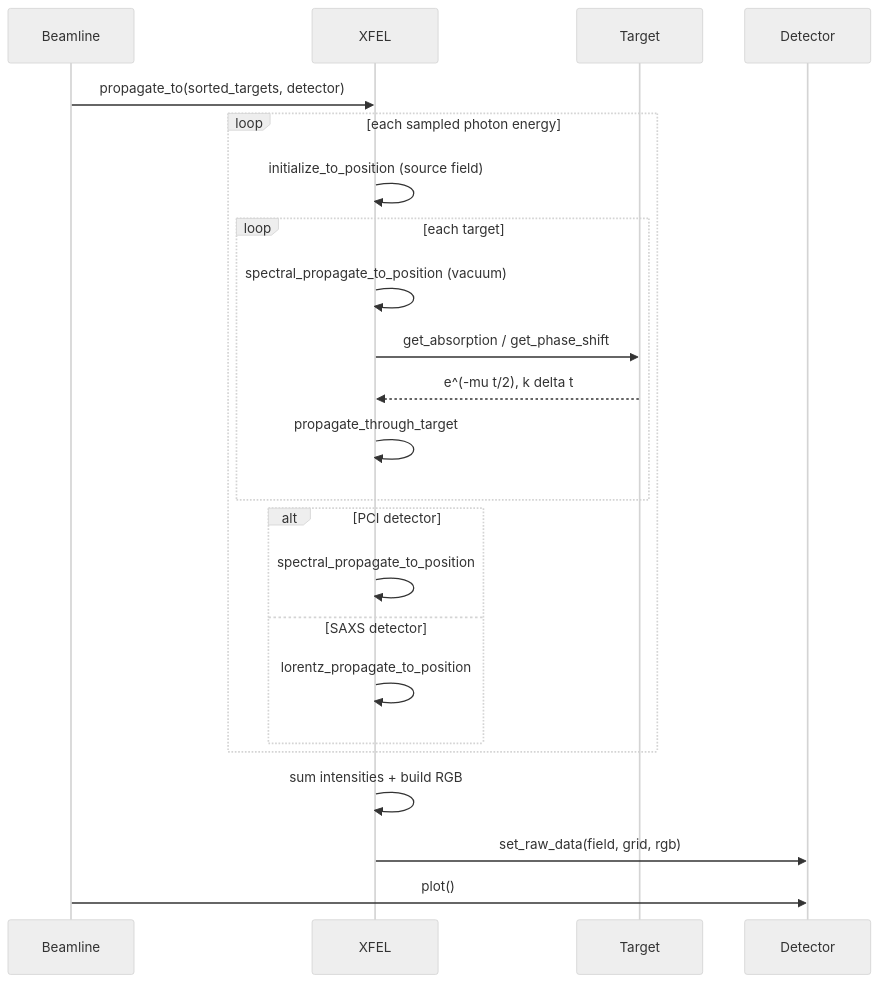
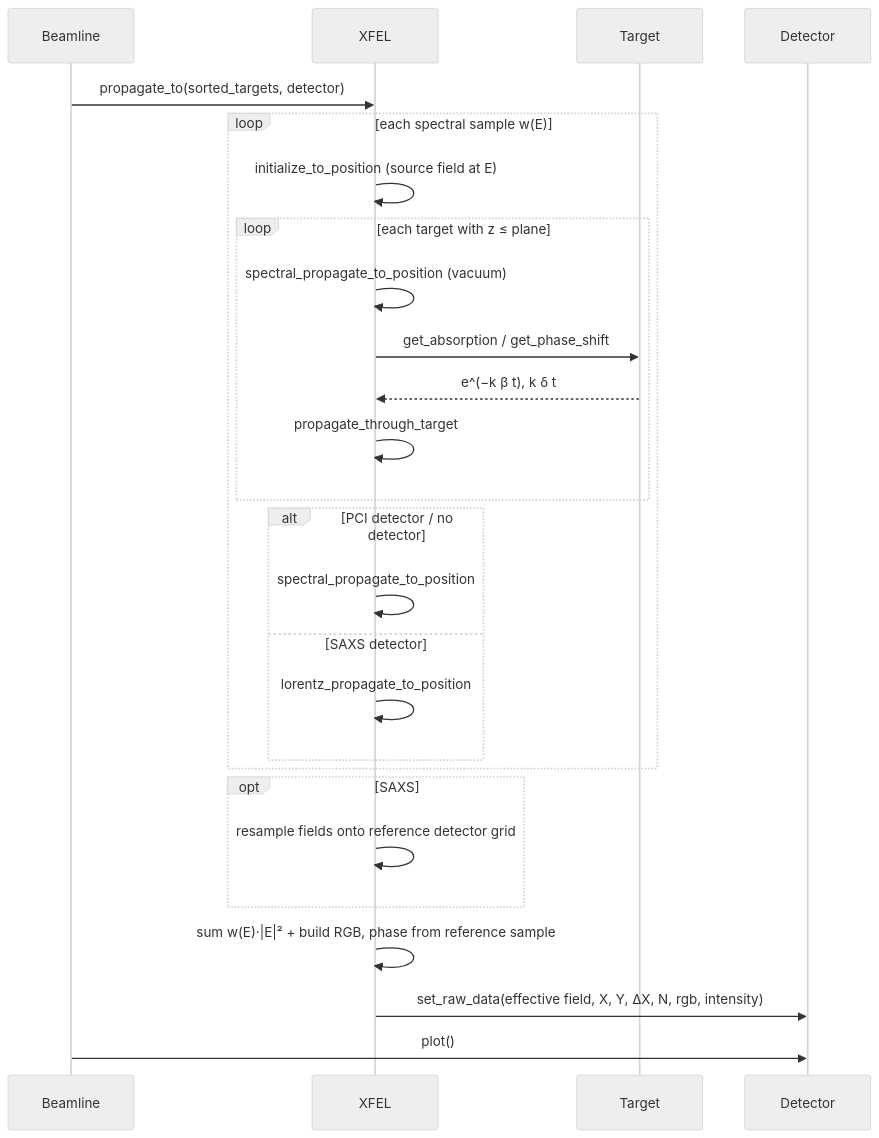
One commit to wenfe/PCI_Codebase changed the fifth of 5 diagrams in PCI_Codebase/docs/propagators.md. Above: the diagram before and after it, drawn with Mermaid (neutral theme). The commit also changed other lines of this file and 36 other files, not shown here.

Commit message:
Add P3129 SAXS and PCI simulations

````diff
--- a/PCI_Codebase/docs/propagators.md
+++ b/PCI_Codebase/docs/propagators.md
@@ -279,26 +361,29 @@
 ```mermaid
 sequenceDiagram
     participant BL as Beamline
     participant X as XFEL
     participant T as Target
     participant D as Detector
 
     BL->>X: propagate_to(sorted_targets, detector)
-    loop each sampled photon energy
-        X->>X: initialize_to_position (source field)
-        loop each target
+    loop each spectral sample w(E)
+        X->>X: initialize_to_position (source field at E)
+        loop each target with z ≤ plane
             X->>X: spectral_propagate_to_position (vacuum)
             X->>T: get_absorption / get_phase_shift
-            T-->>X: e^(-mu t/2), k delta t
+            T-->>X: e^(−k β t), k δ t
             X->>X: propagate_through_target
         end
-        alt PCI detector
+        alt PCI detector / no detector
             X->>X: spectral_propagate_to_position
         else SAXS detector
             X->>X: lorentz_propagate_to_position
         end
     end
-    X->>X: sum intensities + build RGB
-    X->>D: set_raw_data(field, grid, rgb)
+    opt SAXS
+        X->>X: resample fields onto reference detector grid
+    end
+    X->>X: sum w(E)·|E|² + build RGB, phase from reference sample
+    X->>D: set_raw_data(effective field, X, Y, ΔX, N, rgb, intensity)
     BL->>D: plot()
 ```
````
